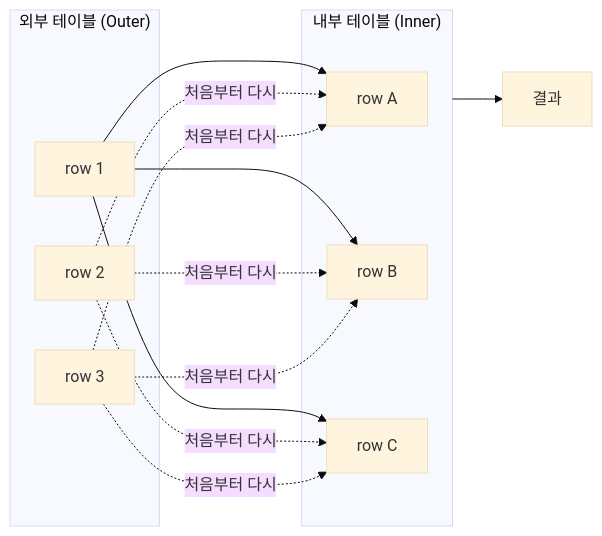
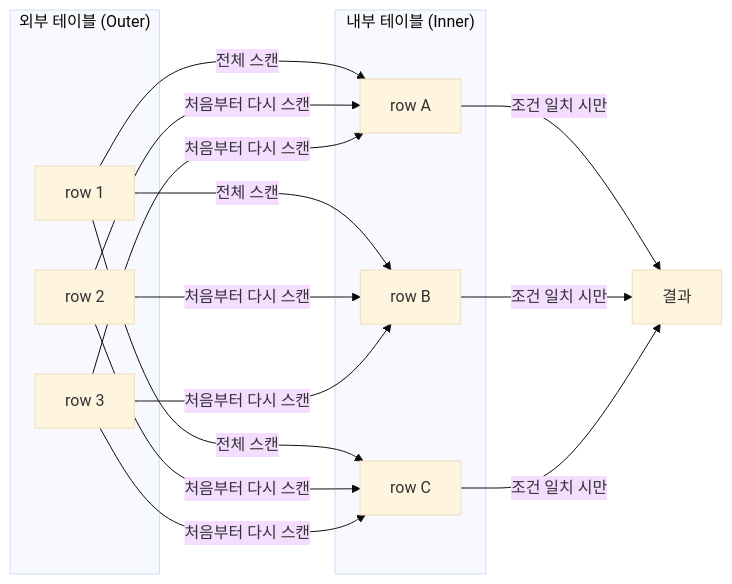
One commit to gdsc-ssu/CSocrates2 changed the sixth of 9 diagrams in Normalization, Join.md. Above: the diagram before and after it, drawn with Mermaid (base theme). The commit also changed other lines of this file, not shown here.

````diff
--- a/Normalization, Join.md
+++ b/Normalization, Join.md
@@ -310,20 +465,22 @@
 ```mermaid
 flowchart LR
   subgraph 외부["외부 테이블 (Outer)"]
     R1["row 1"]
     R2["row 2"]
     R3["row 3"]
   end
 
   subgraph 내부["내부 테이블 (Inner)"]
     RA["row A"]
     RB["row B"]
     RC["row C"]
   end
 
-  R1 --> RA & RB & RC
-  R2 -.->|처음부터 다시| RA & RB & RC
-  R3 -.->|처음부터 다시| RA & RB & RC
+  R1 -->|전체 스캔| RA & RB & RC
+  R2 -->|처음부터 다시 스캔| RA & RB & RC
+  R3 -->|처음부터 다시 스캔| RA & RB & RC
 
-  내부 --> 결과["결과"]
+  RA -->|조건 일치 시만| 결과["결과"]
+  RB -->|조건 일치 시만| 결과
+  RC -->|조건 일치 시만| 결과
 ```
````
